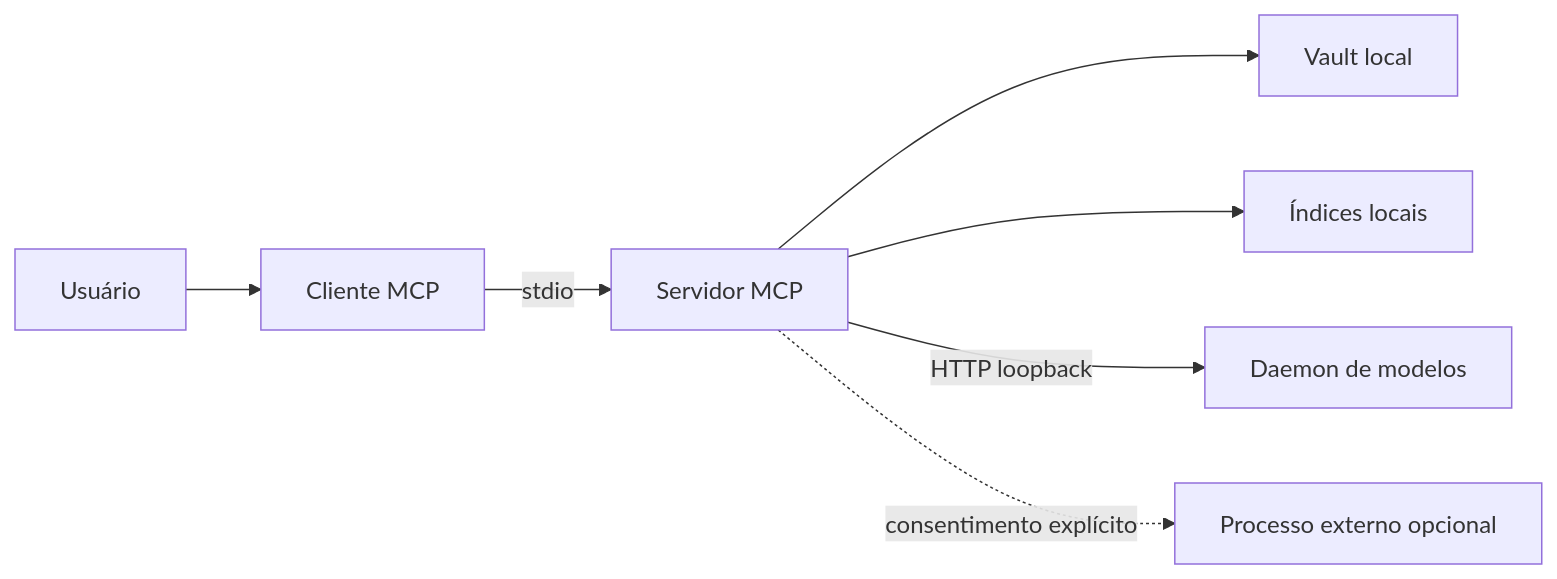
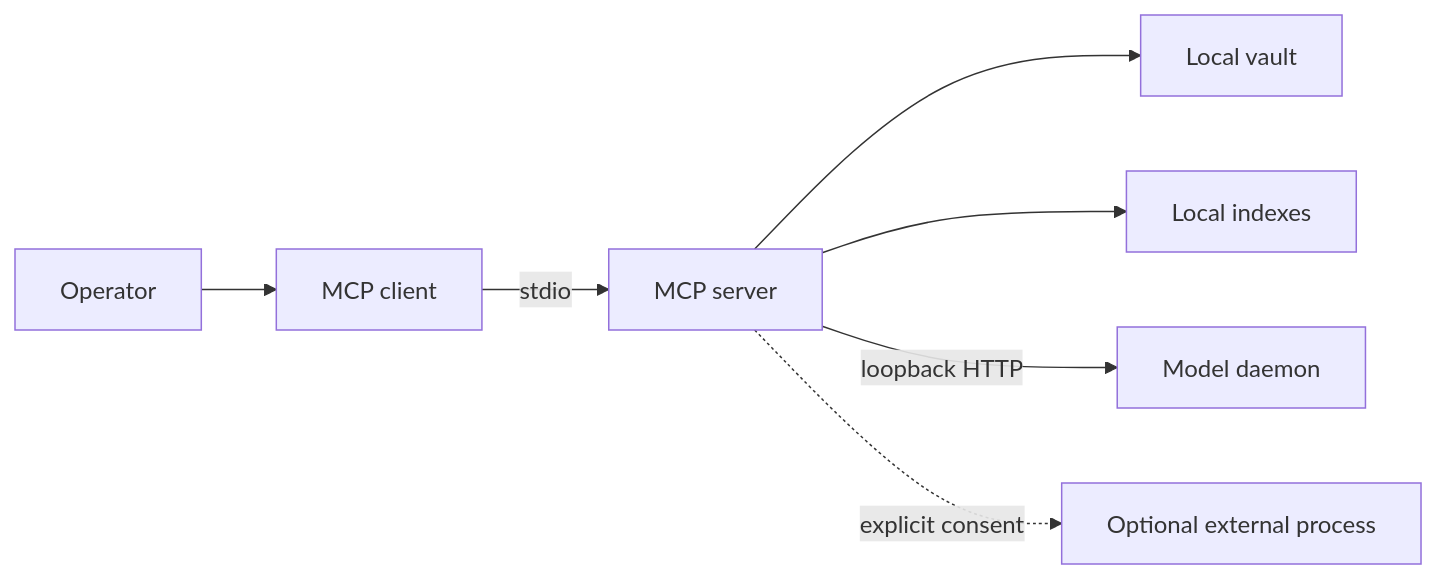
One commit to everton-dgn/vault-search-mcp changed the diagram in docs/security/threat-model.md. Above: the diagram before and after it, drawn with Mermaid. The commit also changed other lines of this file and 200 other files, not shown here.

````diff
--- a/docs/security/threat-model.md
+++ b/docs/security/threat-model.md
@@ -23,9 +23,9 @@
 ```mermaid
 flowchart LR
-    U[Usuário] --> C[Cliente MCP]
-    C -->|stdio| M[Servidor MCP]
-    M --> V[Vault local]
-    M --> I[Índices locais]
-    M -->|HTTP loopback| D[Daemon de modelos]
-    M -. consentimento explícito .-> E[Processo externo opcional]
+    U[Operator] --> C[MCP client]
+    C -->|stdio| M[MCP server]
+    M --> V[Local vault]
+    M --> I[Local indexes]
+    M -->|loopback HTTP| D[Model daemon]
+    M -. explicit consent .-> E[Optional external process]
 ```
````
